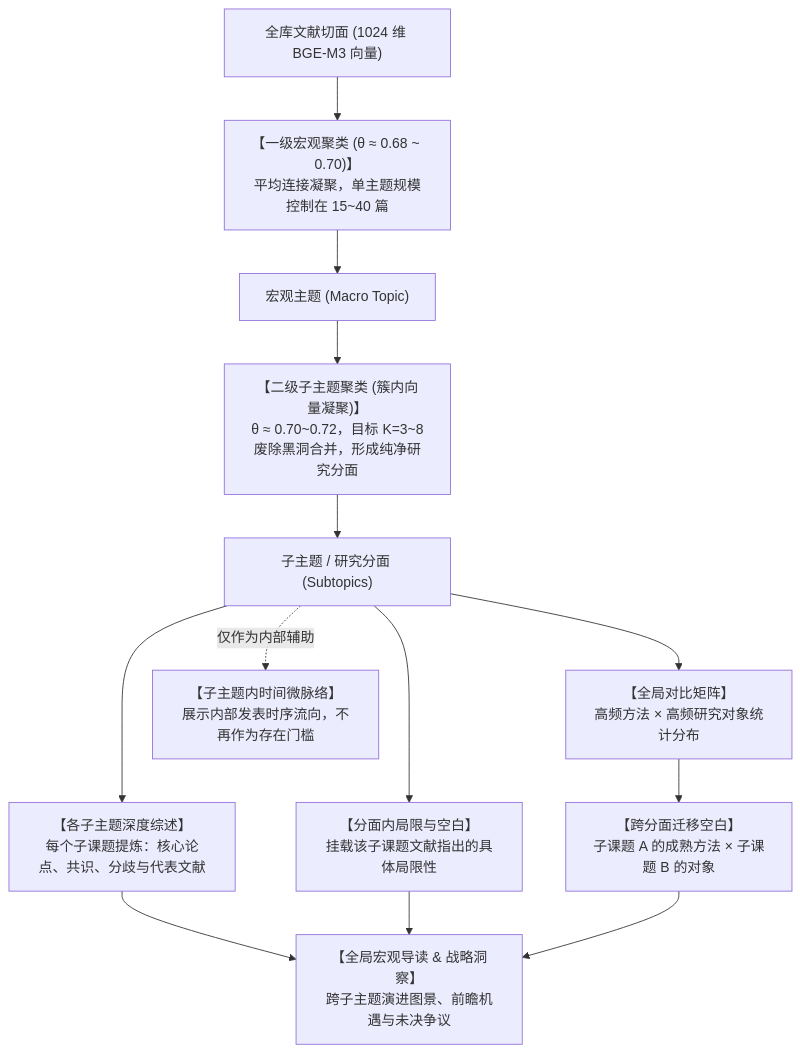
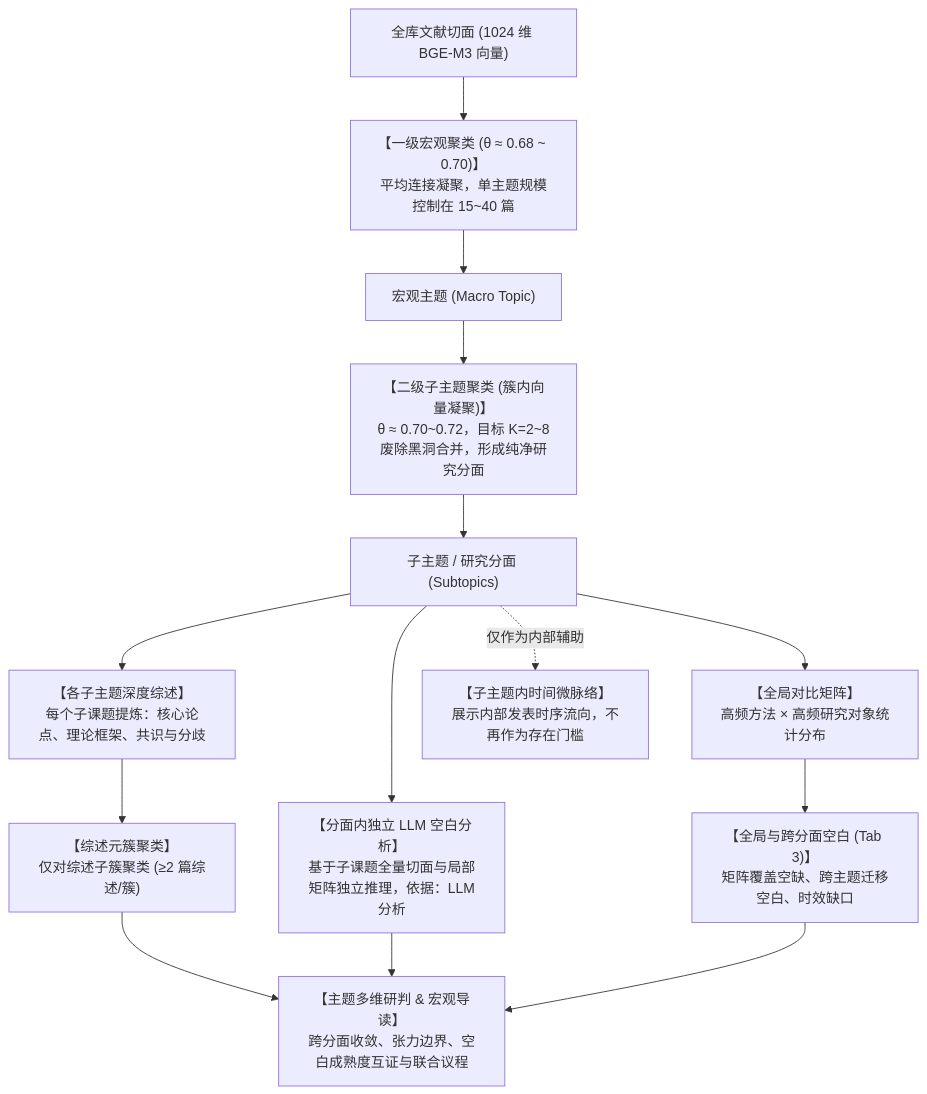
The first of 2 diagrams in docs/项目文档/主题聚类与洞察重构方案-分层语义聚簇与增量演进.md (xulei-shl/lis-rss-daily), drawn with Mermaid before and after one commit. The commit also changed other lines of this file, not shown here.

````diff
--- a/docs/项目文档/主题聚类与洞察重构方案-分层语义聚簇与增量演进.md
+++ b/docs/项目文档/主题聚类与洞察重构方案-分层语义聚簇与增量演进.md
@@ -70,20 +70,21 @@
 ```mermaid
 flowchart TD
     Raw["全库文献切面 (1024 维 BGE-M3 向量)"] --> L1Clustering["【一级宏观聚类 (θ ≈ 0.68 ~ 0.70)】<br/>平均连接凝聚，单主题规模控制在 15~40 篇"]
     
     L1Clustering --> TopicNode["宏观主题 (Macro Topic)"]
     
-    TopicNode --> L2Clustering["【二级子主题聚类 (簇内向量凝聚)】<br/>θ ≈ 0.70~0.72，目标 K=3~8<br/>废除黑洞合并，形成纯净研究分面"]
+    TopicNode --> L2Clustering["【二级子主题聚类 (簇内向量凝聚)】<br/>θ ≈ 0.70~0.72，目标 K=2~8<br/>废除黑洞合并，形成纯净研究分面"]
     
     L2Clustering --> SubtopicNodes["子主题 / 研究分面 (Subtopics)"]
     
-    SubtopicNodes --> SubtopicReviews["【各子主题深度综述】<br/>每个子课题提炼：核心论点、共识、分歧与代表文献"]
-    SubtopicNodes --> LocalGaps["【分面内局限与空白】<br/>挂载该子课题文献指出的具体局限性"]
+    SubtopicNodes --> SubtopicReviews["【各子主题深度综述】<br/>每个子课题提炼：核心论点、理论框架、共识与分歧"]
+    SubtopicNodes --> LocalGaps["【分面内独立 LLM 空白分析】<br/>基于子课题全量切面与局部矩阵独立推理，依据：LLM分析"]
     
     SubtopicNodes --> GlobalMatrix["【全局对比矩阵】<br/>高频方法 × 高频研究对象统计分布"]
-    GlobalMatrix --> CrossGaps["【跨分面迁移空白】<br/>子课题 A 的成熟方法 × 子课题 B 的对象"]
+    GlobalMatrix --> CrossGaps["【全局与跨分面空白 (Tab 3)】<br/>矩阵覆盖空缺、跨主题迁移空白、时效缺口"]
     
-    SubtopicReviews & LocalGaps & CrossGaps --> GlobalInsight["【全局宏观导读 & 战略洞察】<br/>跨子主题演进图景、前瞻机遇与未决争议"]
+    SubtopicReviews --> ReviewClusters["【综述元簇聚类】<br/>仅对综述子簇聚类 (≥2 篇综述/簇)"]
+    ReviewClusters & LocalGaps & CrossGaps --> GlobalInsight["【主题多维研判 & 宏观导读】<br/>跨分面收敛、张力边界、空白成熟度互证与联合议程"]
     
     SubtopicNodes -. 仅作为内部辅助 .-> Timeline["【子主题内时间微脉络】<br/>展示内部发表时序流向，不再作为存在门槛"]
 ```
````
